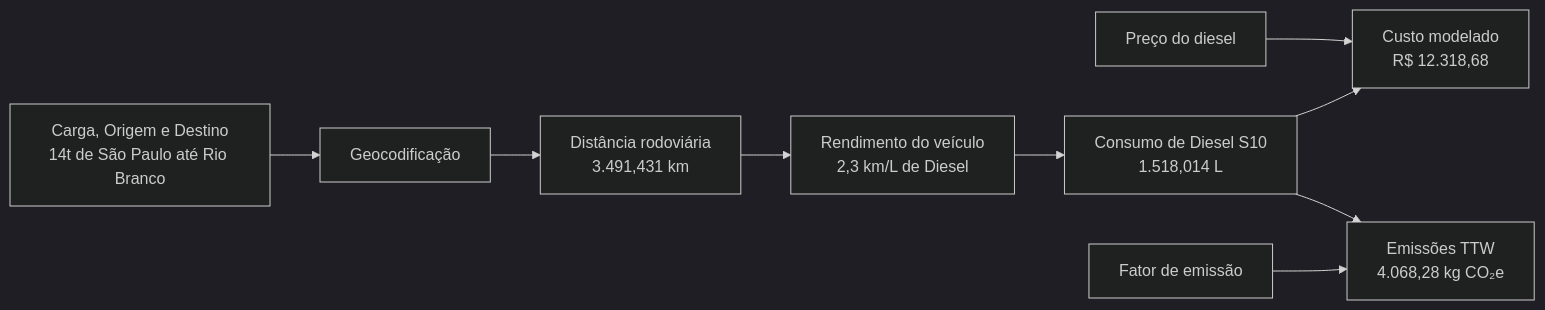
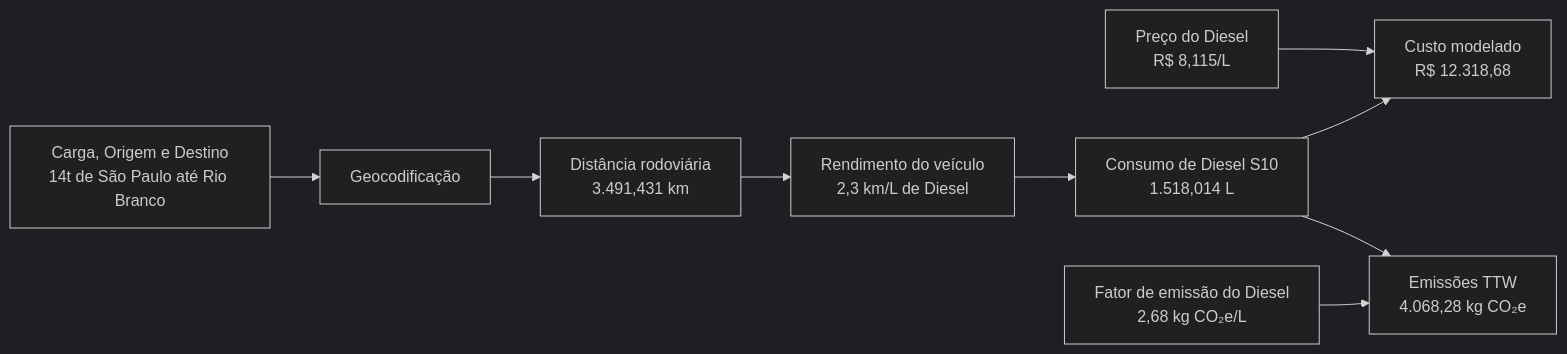
The fourth of 9 diagrams in docs/tf_technical_article_draft.md (pennylanesccp/cabotage-lens), drawn with Mermaid (dark theme) before and after one commit. The commit also changed other lines of this file and 2 other files, not shown here.

````diff
--- a/docs/tf_technical_article_draft.md
+++ b/docs/tf_technical_article_draft.md
@@ -563,10 +580,10 @@
 ```mermaid
 flowchart LR
-    P["Preço do diesel"] --> F["Custo modelado<br/>R$ 12.318,68"]
+    P["Preço do Diesel<br/>R$ 8,115/L"] --> F["Custo modelado<br/>R$ 12.318,68"]
     A["Carga, Origem e Destino<br/>14t de São Paulo até Rio Branco"] --> B["Geocodificação"]
     B --> C["Distância rodoviária<br/>3.491,431 km"]
     C --> D["Rendimento do veículo<br/>2,3 km/L de Diesel"]
     D --> E["Consumo de Diesel S10<br/>1.518,014 L"] --> F
     E --> G
-    M["Fator de emissão"] --> G["Emissões TTW<br/>4.068,28 kg CO₂e"]
+    M["Fator de emissão do Diesel<br/>2,68 kg CO₂e/L"] --> G["Emissões TTW<br/>4.068,28 kg CO₂e"]
 ```
````
